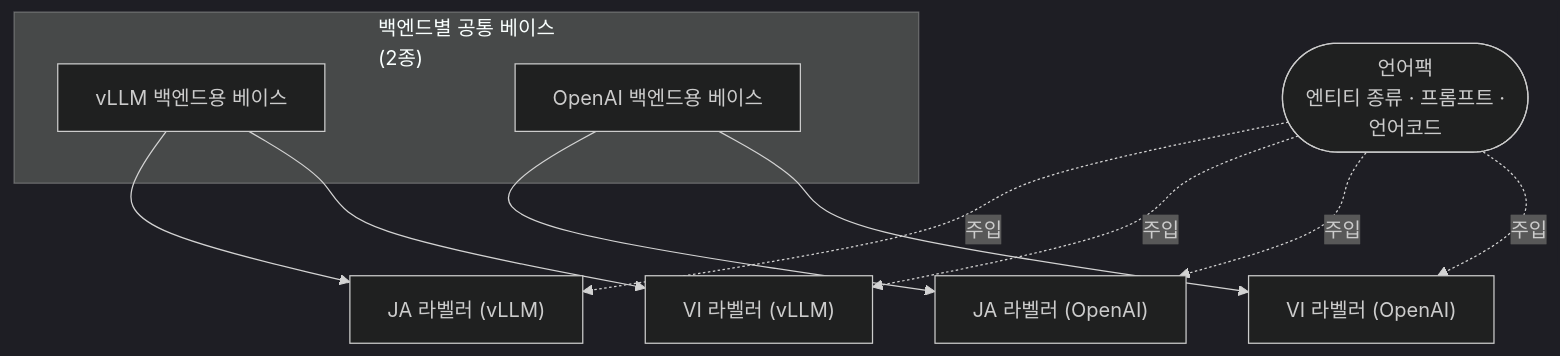
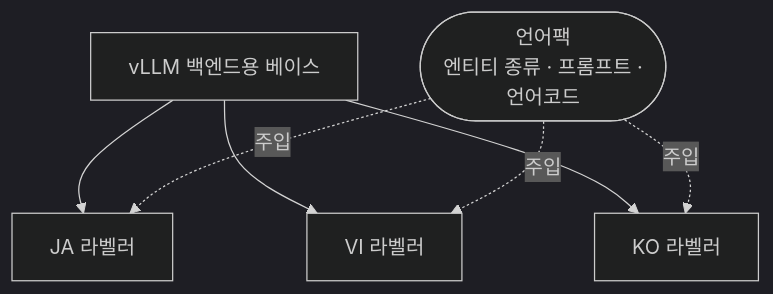
Before and after one commit to groovallstar/ner-pipeline-public: the second of 2 diagrams in docs/manual/pipeline/1-labeling.md, drawn with Mermaid (dark theme). The commit also changed other lines of this file and 29 other files, not shown here.

````diff
--- a/docs/manual/pipeline/1-labeling.md
+++ b/docs/manual/pipeline/1-labeling.md
@@ -60,12 +60,8 @@
 ```mermaid
 flowchart TD
-    subgraph base["백엔드별 공통 베이스<br/>(2종)"]
-        BV["vLLM 백엔드용 베이스"]
-        BO["OpenAI 백엔드용 베이스"]
-    end
-    BV --> JV["JA 라벨러 (vLLM)"]
-    BV --> VV["VI 라벨러 (vLLM)"]
-    BO --> JO["JA 라벨러 (OpenAI)"]
-    BO --> VO["VI 라벨러 (OpenAI)"]
-    LP(["언어팩<br/>엔티티 종류 · 프롬프트 ·<br/>언어코드"]) -. 주입 .-> JV & VV & JO & VO
+    BV["vLLM 백엔드용 베이스"]
+    BV --> JV["JA 라벨러"]
+    BV --> VV["VI 라벨러"]
+    BV --> KV["KO 라벨러"]
+    LP(["언어팩<br/>엔티티 종류 · 프롬프트 ·<br/>언어코드"]) -. 주입 .-> JV & VV & KV
 ```
````
